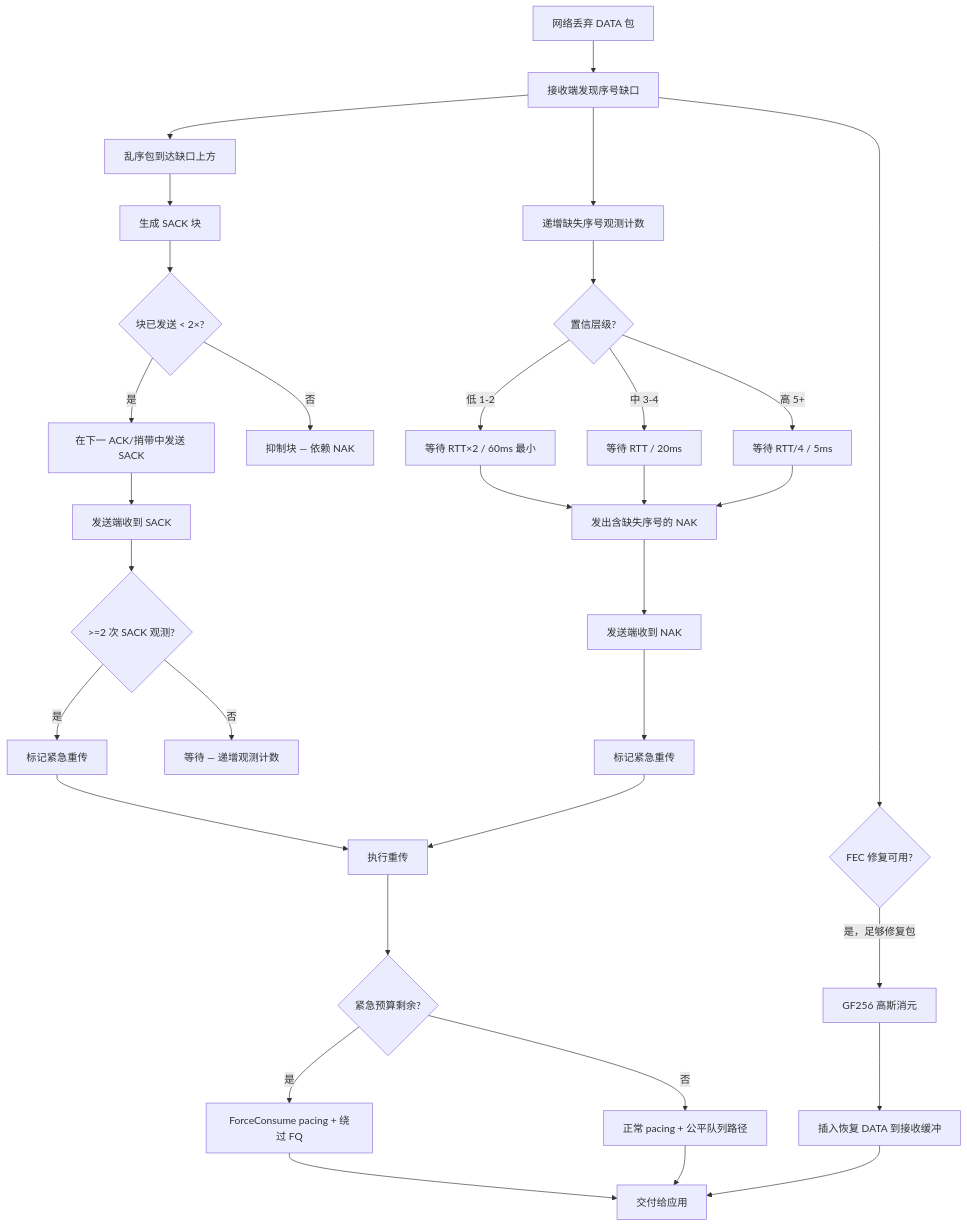
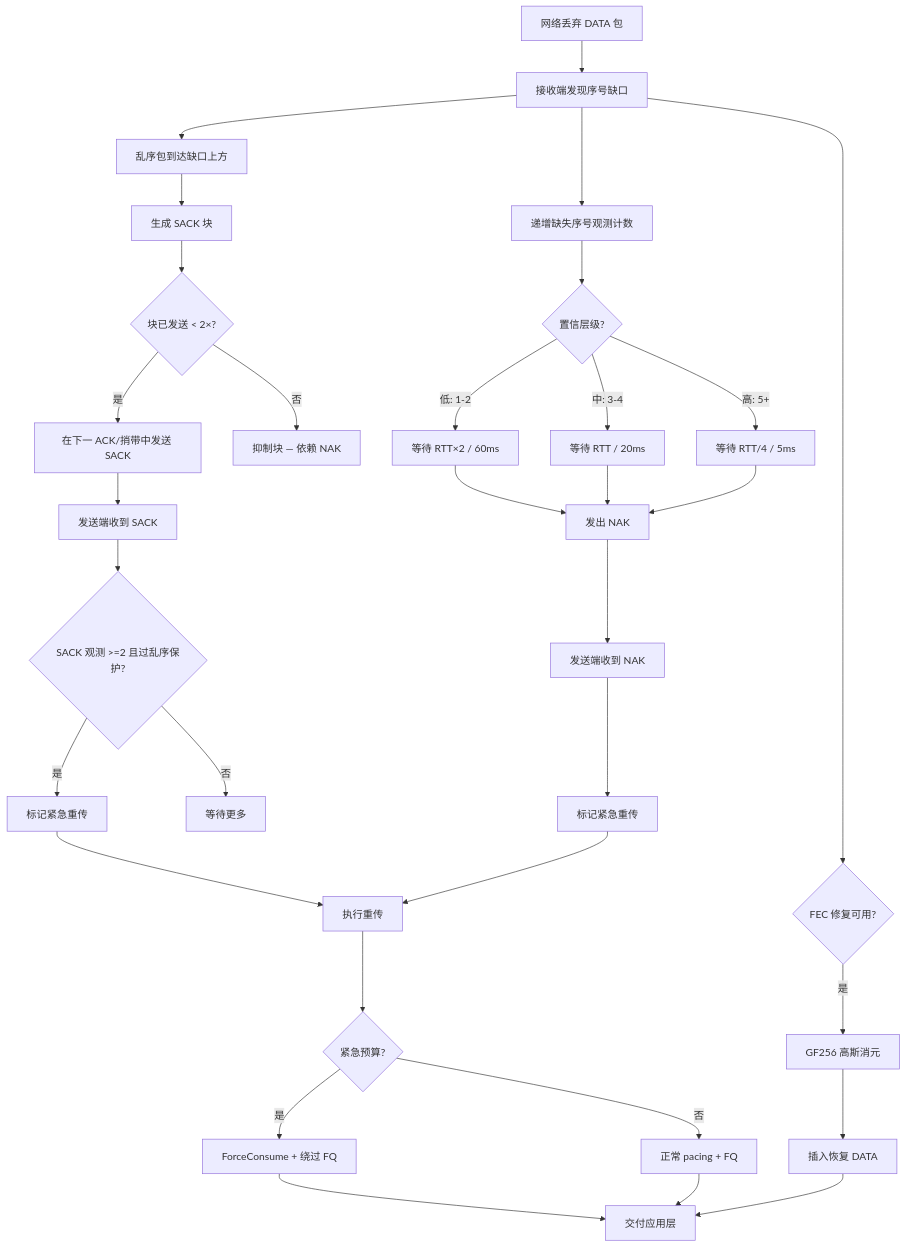
Before and after one commit to liulilittle/ucp: the sixth of 10 diagrams in README_CN.md, drawn with Mermaid. The commit also changed other lines of this file and 43 other files, not shown here.

````diff
--- a/README_CN.md
+++ b/README_CN.md
@@ -349,42 +294,42 @@
 ```mermaid
 flowchart TD
-    Drop[网络丢弃 DATA 包] --> Gap[接收端发现序号缺口]
-
-    Gap --> OutOfOrder[乱序包到达缺口上方]
-    OutOfOrder --> SackGen[生成 SACK 块]
-    SackGen --> SackLimit{块已发送 < 2×?}
-    SackLimit -->|是| SackSend[在下一 ACK/捎带中发送 SACK]
-    SackLimit -->|否| SackSuppress[抑制块 — 依赖 NAK]
-
-    SackSend --> SackRecv[发送端收到 SACK]
-    SackRecv --> SackEval{>=2 次 SACK 观测?}
-    SackEval -->|是| SackRepair[标记紧急重传]
-    SackEval -->|否| SackWait[等待 — 递增观测计数]
-
-    Gap --> ObsCount[递增缺失序号观测计数]
-    ObsCount --> NakTier{置信层级?}
-    NakTier -->|低 1-2| NakGuard1[等待 RTT×2 / 60ms 最小]
-    NakTier -->|中 3-4| NakGuard2[等待 RTT / 20ms]
-    NakTier -->|高 5+| NakGuard3[等待 RTT/4 / 5ms]
-    NakGuard1 --> NakEmit[发出含缺失序号的 NAK]
+    Drop["网络丢弃 DATA 包"] --> Gap["接收端发现序号缺口"]
+    
+    Gap --> OutOfOrder["乱序包到达缺口上方"]
+    OutOfOrder --> SackGen["生成 SACK 块"]
+    SackGen --> SackLimit{"块已发送 < 2×?"}
+    SackLimit -->|"是"| SackSend["在下一 ACK/捎带中发送 SACK"]
+    SackLimit -->|"否"| SackSuppress["抑制块 — 依赖 NAK"]
+    
+    SackSend --> SackRecv["发送端收到 SACK"]
+    SackRecv --> SackEval{"SACK 观测 >=2 且过乱序保护?"}
+    SackEval -->|"是"| SackRepair["标记紧急重传"]
+    SackEval -->|"否"| SackWait["等待更多"]
+    
+    Gap --> ObsCount["递增缺失序号观测计数"]
+    ObsCount --> NakTier{"置信层级?"}
+    NakTier -->|"低: 1-2"| NakGuard1["等待 RTT×2 / 60ms"]
+    NakTier -->|"中: 3-4"| NakGuard2["等待 RTT / 20ms"]
+    NakTier -->|"高: 5+"| NakGuard3["等待 RTT/4 / 5ms"]
+    NakGuard1 --> NakEmit["发出 NAK"]
     NakGuard2 --> NakEmit
     NakGuard3 --> NakEmit
-
-    NakEmit --> NakRecv[发送端收到 NAK]
-    NakRecv --> NakRepair[标记紧急重传]
-
-    Gap --> FecCheck{FEC 修复可用?}
-    FecCheck -->|是，足够修复包| FecRepair[GF256 高斯消元]
-    FecRepair --> Insert[插入恢复 DATA 到接收缓冲]
-
-    SackRepair --> Repair[执行重传]
+    
+    NakEmit --> NakRecv["发送端收到 NAK"]
+    NakRecv --> NakRepair["标记紧急重传"]
+    
+    Gap --> FecCheck{"FEC 修复可用?"}
+    FecCheck -->|"是"| FecRepair["GF256 高斯消元"]
+    FecRepair --> Insert["插入恢复 DATA"]
+    
+    SackRepair --> Repair["执行重传"]
     NakRepair --> Repair
-
-    Repair --> Urgent{紧急预算剩余?}
-    Urgent -->|是| ForceSend[ForceConsume pacing + 绕过 FQ]
-    Urgent -->|否| NormalSend[正常 pacing + 公平队列路径]
-
-    ForceSend --> Deliver[交付给应用]
+    
+    Repair --> Urgent{"紧急预算?"}
+    Urgent -->|"是"| ForceSend["ForceConsume + 绕过 FQ"]
+    Urgent -->|"否"| NormalSend["正常 pacing + FQ"]
+    
+    ForceSend --> Deliver["交付应用层"]
     NormalSend --> Deliver
     Insert --> Deliver
 ```
````
